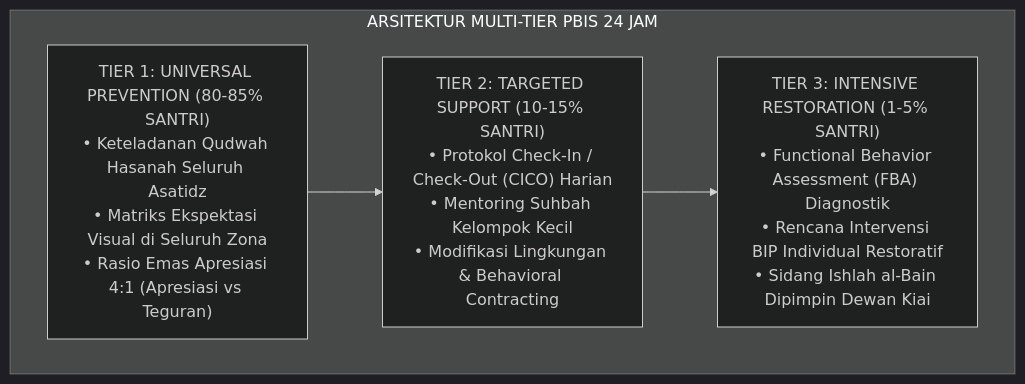
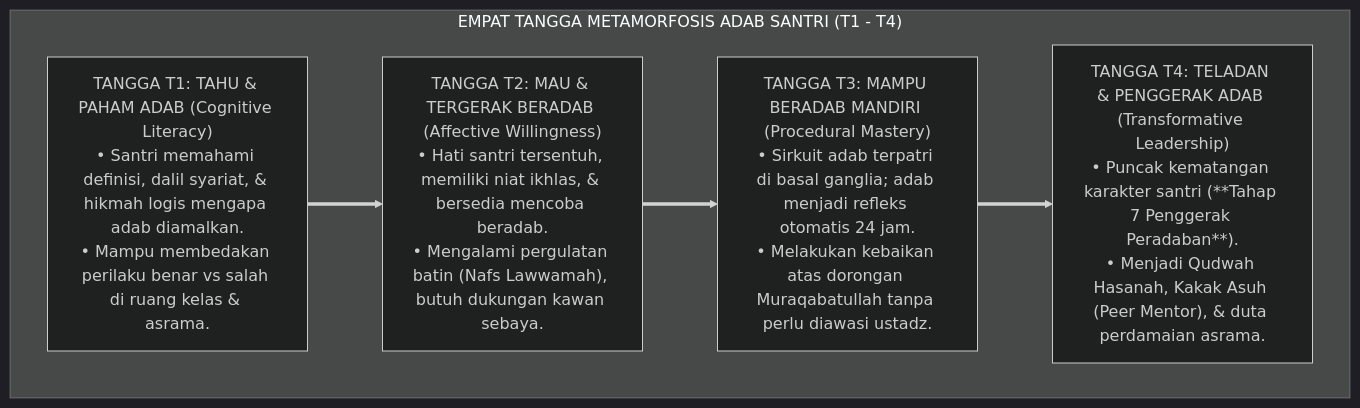
One commit to wandiapriliyandi/tumbuh changed the first of 2 diagrams in BOOK-SERIES/Volume-01/Bab-06-Triad-Pertumbuhan-Simbiotik-dan-Kontinuum-10-Tahap/01-Santri-Bertumbuh-Tangga-T1-sd-T4.md. Above: the diagram before and after it, drawn with Mermaid (dark theme). The commit also changed other lines of this file and 286 other files, not shown here.

````diff
--- a/BOOK-SERIES/Volume-01/Bab-06-Triad-Pertumbuhan-Simbiotik-dan-Kontinuum-10-Tahap/01-Santri-Bertumbuh-Tangga-T1-sd-T4.md
+++ b/BOOK-SERIES/Volume-01/Bab-06-Triad-Pertumbuhan-Simbiotik-dan-Kontinuum-10-Tahap/01-Santri-Bertumbuh-Tangga-T1-sd-T4.md
@@ -62,12 +22,14 @@
 ```mermaid
 graph TD
-    subgraph MultiTier["ARSITEKTUR MULTI-TIER PBIS 24 JAM"]
-        T1["TIER 1: UNIVERSAL PREVENTION (80-85% SANTRI)<br/>• Keteladanan Qudwah Hasanah Seluruh Asatidz<br/>• Matriks Ekspektasi Visual di Seluruh Zona<br/>• Rasio Emas Apresiasi 4:1 (Apresiasi vs Teguran)"]
+    subgraph TanggaKapasitas["EMPAT TANGGA METAMORFOSIS ADAB SANTRI (T1 - T4)"]
+        T1["TANGGA T1: TAHU & PAHAM ADAB (Cognitive Literacy)<br/>• Santri memahami definisi, dalil syariat, & hikmah logis mengapa adab diamalkan.<br/>• Mampu membedakan perilaku benar vs salah di ruang kelas & asrama."]
         
-        T2["TIER 2: TARGETED SUPPORT (10-15% SANTRI)<br/>• Protokol Check-In / Check-Out (CICO) Harian<br/>• Mentoring Suhbah Kelompok Kecil<br/>• Modifikasi Lingkungan & Behavioral Contracting"]
+        T2["TANGGA T2: MAU & TERGERAK BERADAB (Affective Willingness)<br/>• Hati santri tersentuh, memiliki niat ikhlas, & bersedia mencoba beradab.<br/>• Mengalami pergulatan batin (Nafs Lawwamah), butuh dukungan kawan sebaya."]
         
-        T3["TIER 3: INTENSIVE RESTORATION (1-5% SANTRI)<br/>• Functional Behavior Assessment (FBA) Diagnostik<br/>• Rencana Intervensi BIP Individual Restoratif<br/>• Sidang Ishlah al-Bain Dipimpin Dewan Kiai"]
+        T3["TANGGA T3: MAMPU BERADAB MANDIRI (Procedural Mastery)<br/>• Sirkuit adab terpatri di basal ganglia; adab menjadi refleks otomatis 24 jam.<br/>• Melakukan kebaikan atas dorongan Muraqabatullah tanpa perlu diawasi ustadz."]
         
-        T1 --> T2 --> T3
+        T4["TANGGA T4: TELADAN & PENGGERAK ADAB (Transformative Leadership)<br/>• Puncak kematangan karakter santri (**Tahap 7 Penggerak Peradaban**).<br/>• Menjadi Qudwah Hasanah, Kakak Asuh (Peer Mentor), & duta perdamaian asrama."]
+        
+        T1 ==> T2 ==> T3 ==> T4
     end
 ```
````
